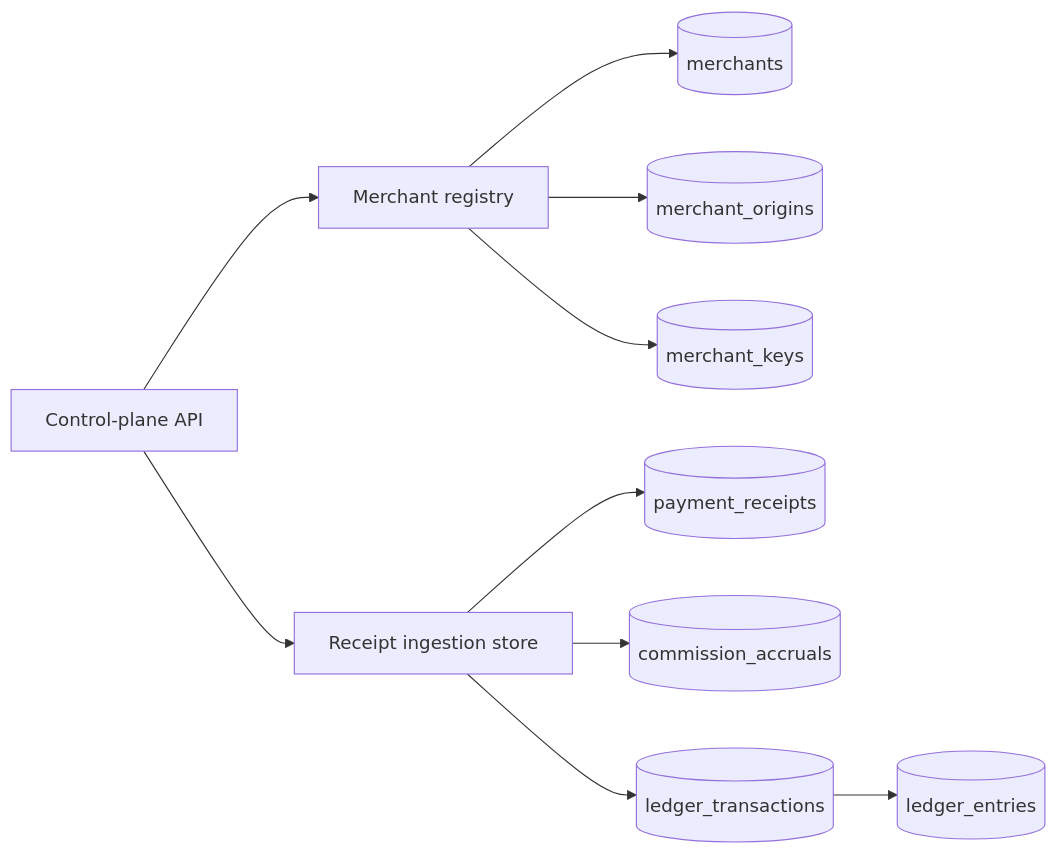
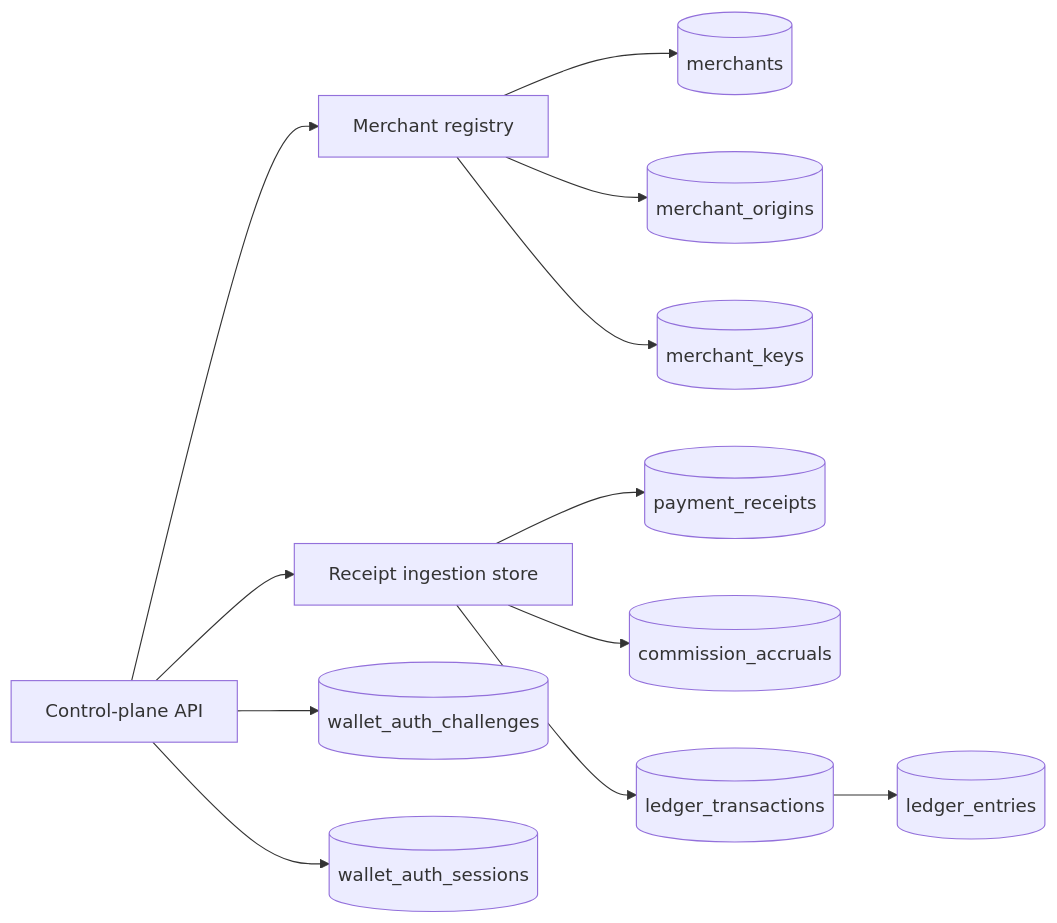
One commit to split402protocol/splitx402 changed the fifth of 5 diagrams in README.md. Above: the diagram before and after it, drawn with Mermaid. The commit also changed other lines of this file and 6 other files, not shown here.

Commit message:
Add PostgreSQL wallet auth store

````diff
--- a/README.md
+++ b/README.md
@@ -169,23 +170,27 @@
 ```mermaid
 flowchart LR
   API["Control-plane API"]
   Registry["Merchant registry"]
   Ingestion["Receipt ingestion store"]
   Merchants[("merchants")]
   Origins[("merchant_origins")]
   Keys[("merchant_keys")]
+  Challenges[("wallet_auth_challenges")]
+  Sessions[("wallet_auth_sessions")]
   Receipts[("payment_receipts")]
   Accruals[("commission_accruals")]
   LedgerTx[("ledger_transactions")]
   LedgerEntries[("ledger_entries")]
 
   API --> Registry
   API --> Ingestion
   Registry --> Merchants
   Registry --> Origins
   Registry --> Keys
+  API --> Challenges
+  API --> Sessions
   Ingestion --> Receipts
   Ingestion --> Accruals
   Ingestion --> LedgerTx
   LedgerTx --> LedgerEntries
 ```
````
